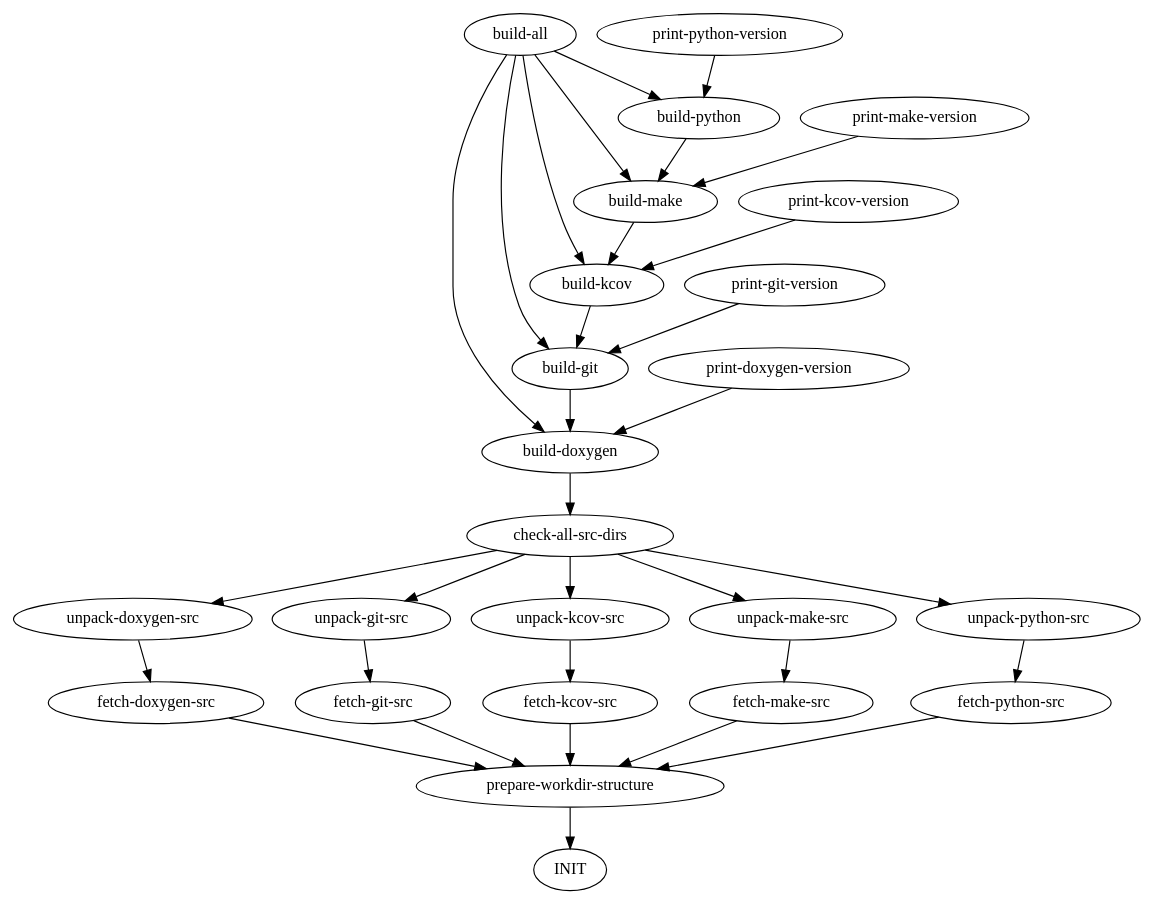
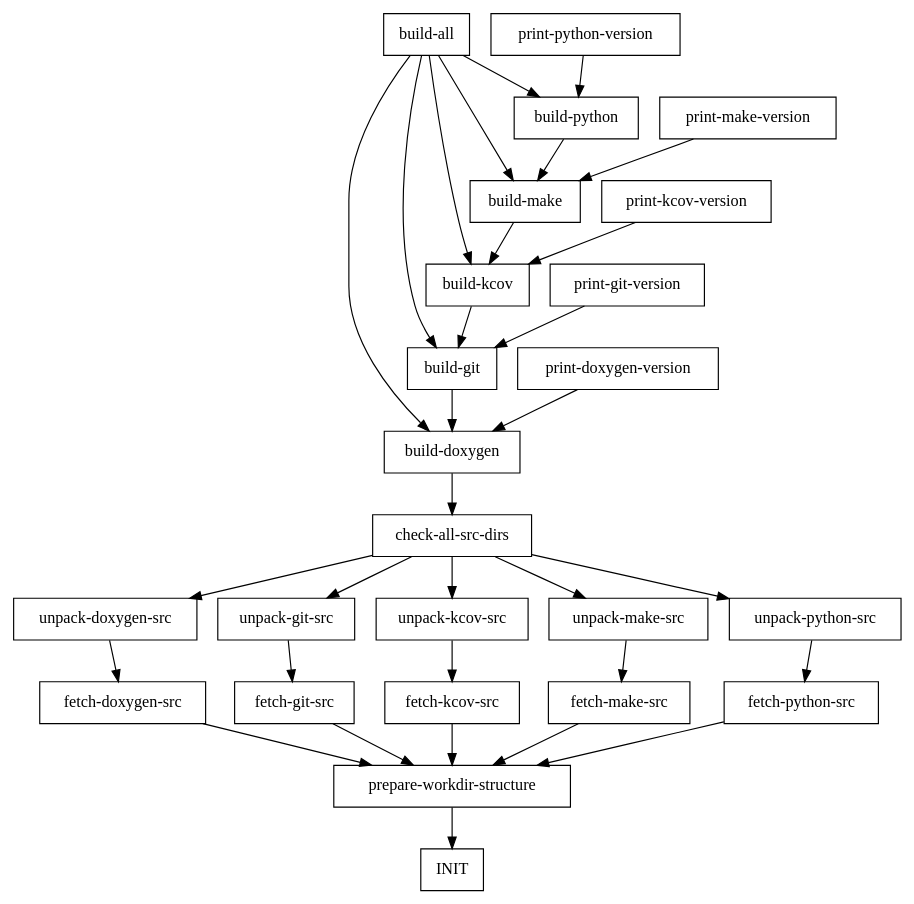
The diagram in docs/examples/02.toolchain-complex/results.dot (skaluzka/makbet), drawn with Graphviz before and after one commit. The commit also changed 4 other files, not shown here.

First line of the commit message:
[FIX] Add missing 'node [shape=box];' lines

```diff
--- a/docs/examples/02.toolchain-complex/results.dot
+++ b/docs/examples/02.toolchain-complex/results.dot
@@ -1,37 +1,39 @@
 
 digraph {
+
+	node [shape=box];
 
 	"build-all" -> "build-doxygen";
 	"build-all" -> "build-git";
 	"build-all" -> "build-kcov";
 	"build-all" -> "build-make";
 	"build-all" -> "build-python";
 	"build-doxygen" -> "check-all-src-dirs";
 	"build-git" -> "build-doxygen";
 	"build-kcov" -> "build-git";
 	"build-make" -> "build-kcov";
 	"build-python" -> "build-make";
 	"check-all-src-dirs" -> "unpack-doxygen-src";
 	"check-all-src-dirs" -> "unpack-git-src";
 	"check-all-src-dirs" -> "unpack-kcov-src";
 	"check-all-src-dirs" -> "unpack-make-src";
 	"check-all-src-dirs" -> "unpack-python-src";
 	"fetch-doxygen-src" -> "prepare-workdir-structure";
 	"fetch-git-src" -> "prepare-workdir-structure";
 	"fetch-kcov-src" -> "prepare-workdir-structure";
 	"fetch-make-src" -> "prepare-workdir-structure";
 	"fetch-python-src" -> "prepare-workdir-structure";
 	"INIT";
 	"prepare-workdir-structure" -> "INIT";
 	"print-doxygen-version" -> "build-doxygen";
 	"print-git-version" -> "build-git";
 	"print-kcov-version" -> "build-kcov";
 	"print-make-version" -> "build-make";
 	"print-python-version" -> "build-python";
 	"unpack-doxygen-src" -> "fetch-doxygen-src";
 	"unpack-git-src" -> "fetch-git-src";
 	"unpack-kcov-src" -> "fetch-kcov-src";
 	"unpack-make-src" -> "fetch-make-src";
 	"unpack-python-src" -> "fetch-python-src";
 
 }
```
